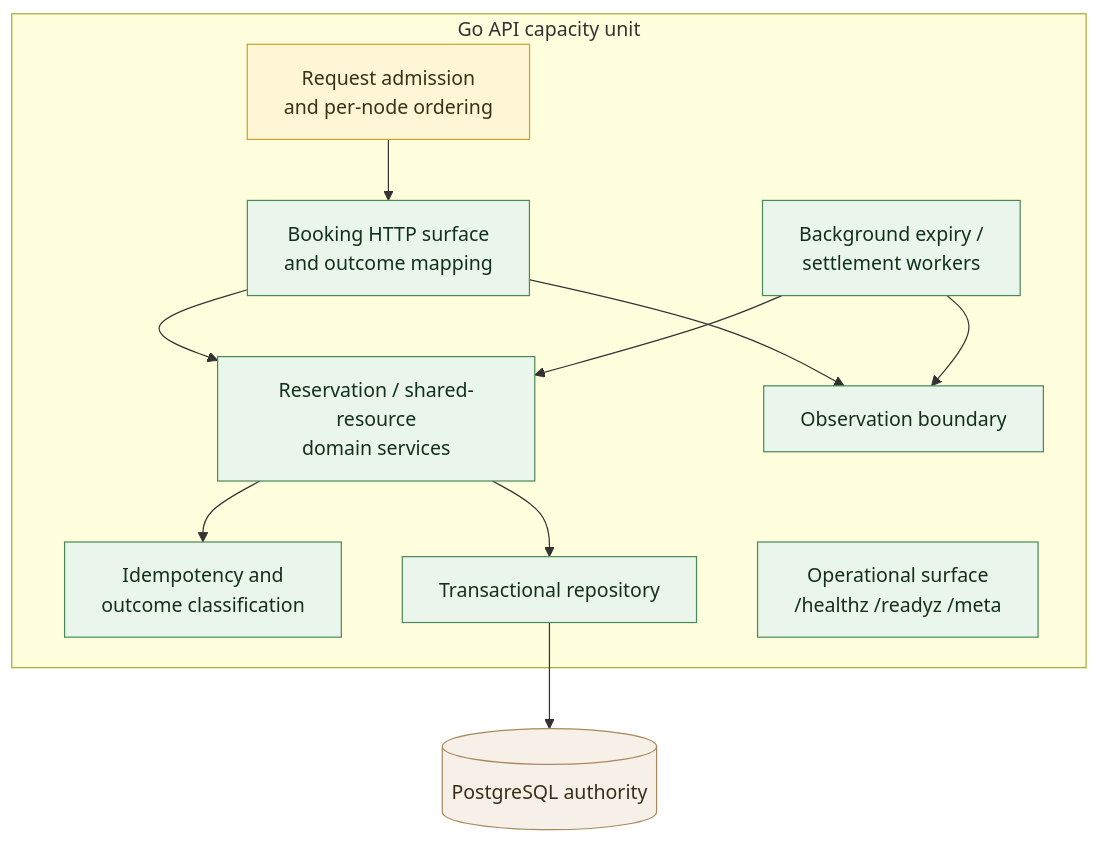
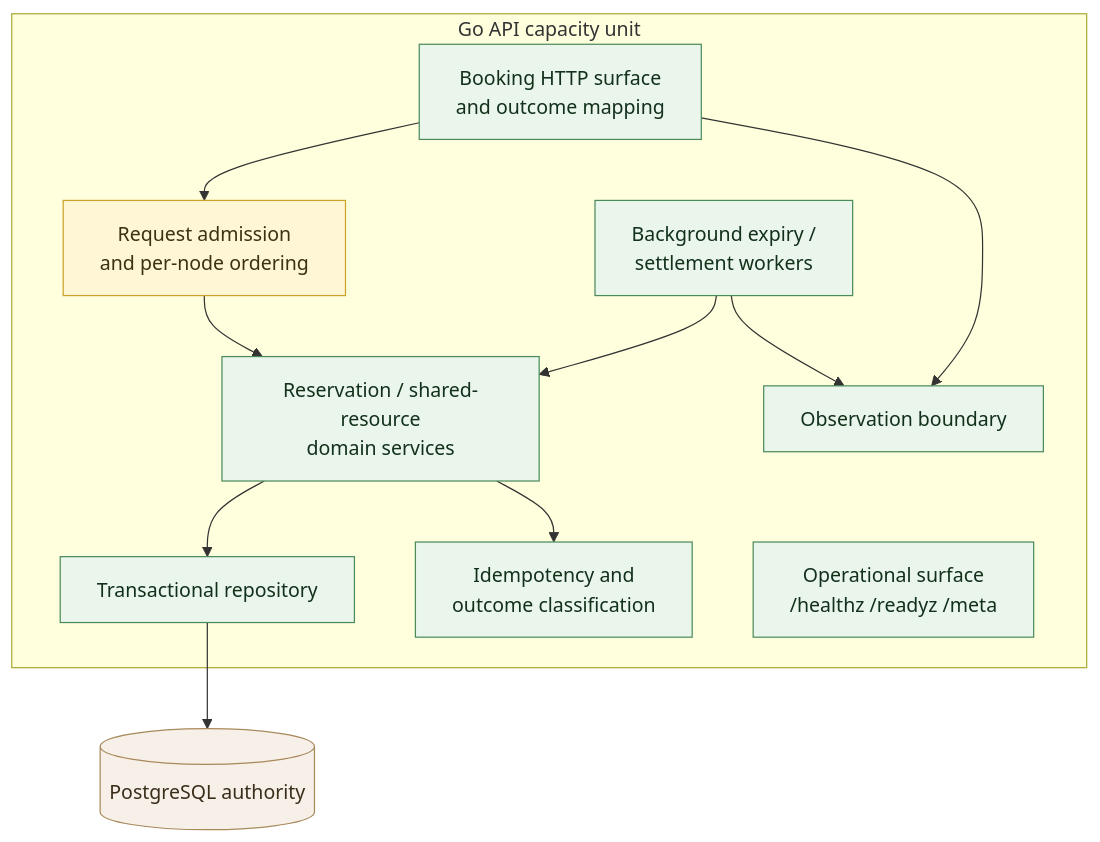
The second of 3 diagrams in docs/design/system-context.md (nancysworld/alloca-go), drawn with Mermaid before and after one commit. The commit also changed 13 other files, not shown here.

````diff
--- a/docs/design/system-context.md
+++ b/docs/design/system-context.md
@@ -73,25 +73,25 @@
 ```mermaid
 flowchart TB
     subgraph node[Go API capacity unit]
         adm[Request admission<br/>and per-node ordering]:::m2
         api[Booking HTTP surface<br/>and outcome mapping]:::done
         dom[Reservation / shared-resource<br/>domain services]:::done
         idem[Idempotency and<br/>outcome classification]:::done
         repo[Transactional repository]:::done
         work[Background expiry /<br/>settlement workers]:::done
         tel[Observation boundary]:::done
         ops[Operational surface<br/>/healthz /readyz /meta]:::done
     end
 
     pg[(PostgreSQL authority)]:::ext
 
-    adm --> api --> dom --> repo --> pg
+    api --> adm --> dom --> repo --> pg
     dom --> idem
     work --> dom
     api --> tel
     work --> tel
 
     classDef done fill:#eaf6ec,stroke:#4a8a5a,color:#12301a;
     classDef m2 fill:#fff6d6,stroke:#c9a227,color:#3a3212;
     classDef ext fill:#f6f0e8,stroke:#a8895b,color:#3a2e1a;
 ```
````
